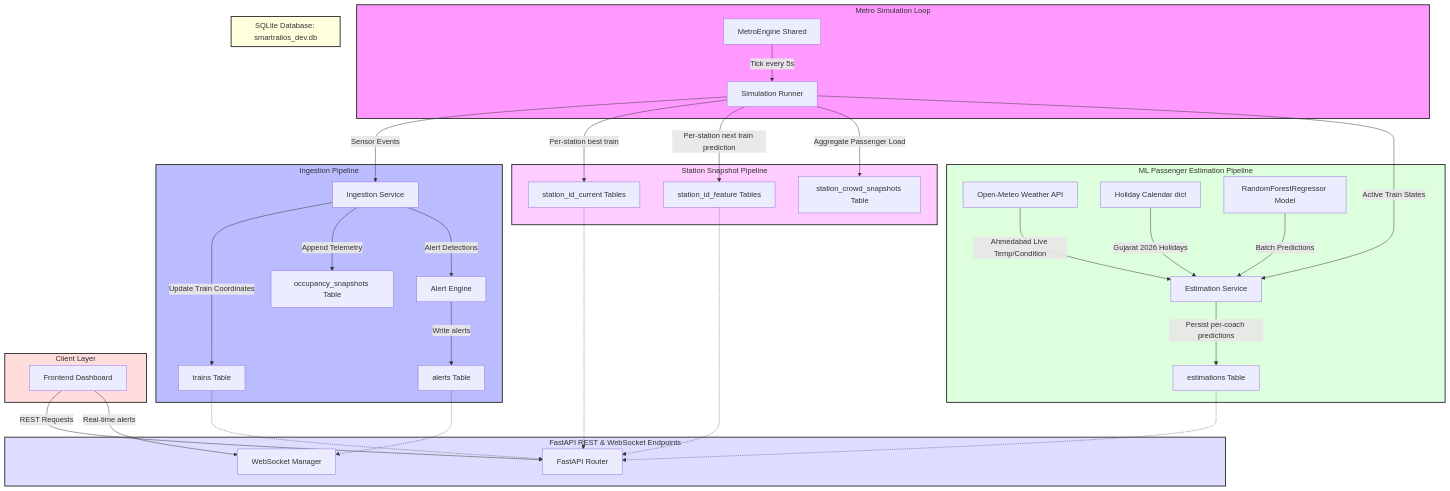
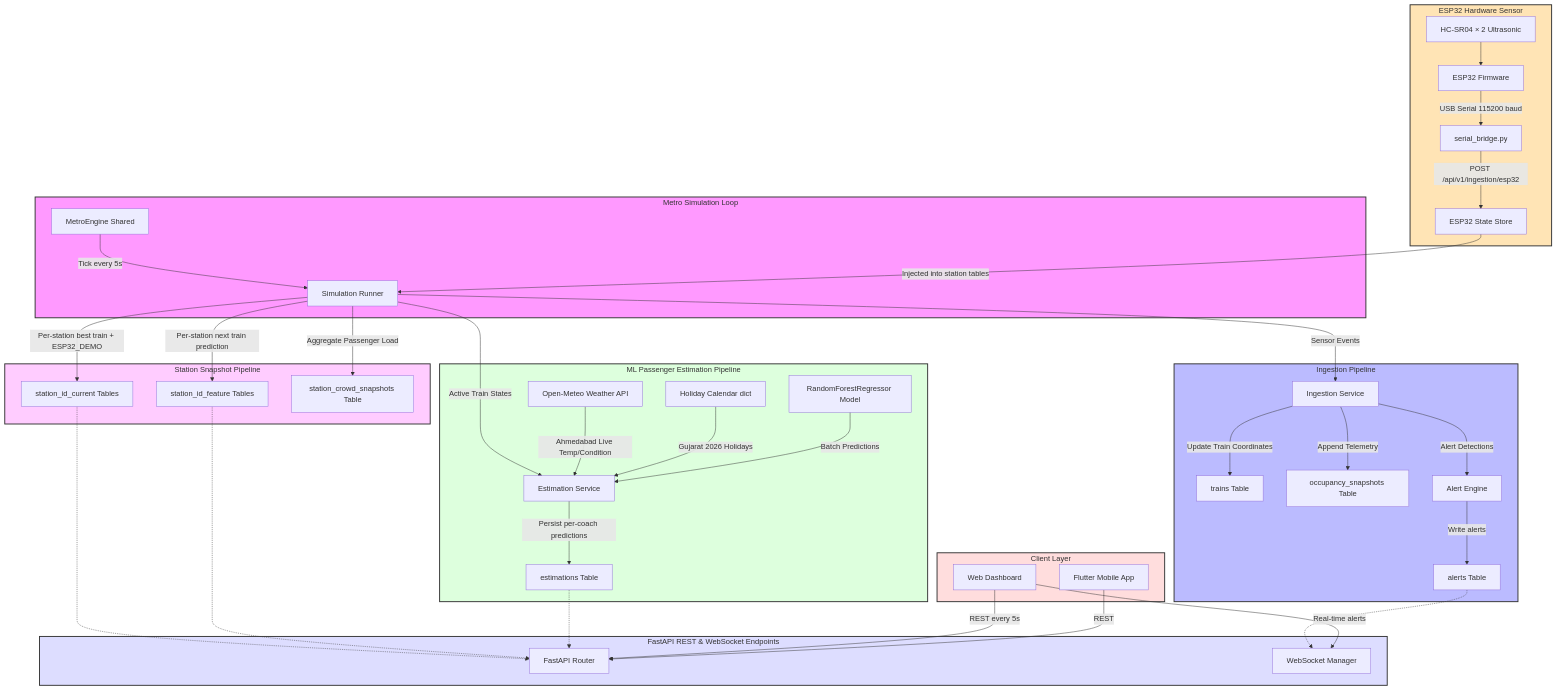
One commit to AkshayChauhan3/smrtest changed the diagram in README.md. Above: the diagram before and after it, drawn with Mermaid. The commit also changed other lines of this file and 13 other files, not shown here.

Commit message:
Integrated Automatic Passenger Counting System Using ESP32 for a Dummy Train

````diff
--- a/README.md
+++ b/README.md
@@ -99,69 +286,67 @@
 ```mermaid
 graph TD
+    %% Hardware Source
+    subgraph Hardware [ESP32 Hardware Sensor]
+        HW[HC-SR04 × 2 Ultrasonic] --> FW[ESP32 Firmware]
+        FW -->|USB Serial 115200 baud| BR[serial_bridge.py]
+        BR -->|POST /api/v1/ingestion/esp32| ES32[ESP32 State Store]
+    end
+
     %% Simulation source
     subgraph Simulation [Metro Simulation Loop]
         ME[MetroEngine Shared] -->|Tick every 5s| SR[Simulation Runner]
+        ES32 -->|Injected into station tables| SR
     end
 
     %% Ingestion Pipeline
     subgraph Ingestion [Ingestion Pipeline]
         SR -->|Sensor Events| IS[Ingestion Service]
         IS -->|Update Train Coordinates| TR[trains Table]
         IS -->|Append Telemetry| OS[occupancy_snapshots Table]
         IS -->|Alert Detections| AE[Alert Engine]
         AE -->|Write alerts| ALT[alerts Table]
     end
 
     %% Station Snapshot Pipeline
     subgraph Station_Snapshots [Station Snapshot Pipeline]
-        SR -->|Per-station best train| SC[station_id_current Tables]
+        SR -->|Per-station best train + ESP32_DEMO| SC[station_id_current Tables]
         SR -->|Per-station next train prediction| SF[station_id_feature Tables]
         SR -->|Aggregate Passenger Load| SCS[station_crowd_snapshots Table]
     end
 
     %% ML Estimation Pipeline
     subgraph ML_Pipeline [ML Passenger Estimation Pipeline]
         SR -->|Active Train States| ES[Estimation Service]
         OM[Open-Meteo Weather API] -->|Ahmedabad Live Temp/Condition| ES
         HOL[Holiday Calendar dict] -->|Gujarat 2026 Holidays| ES
         RF[RandomForestRegressor Model] -->|Batch Predictions| ES
         ES -->|Persist per-coach predictions| EST[estimations Table]
     end
 
-    %% Storage
-    subgraph Storage [SQLite Database: smartrailos_dev.db]
-        TR
-        OS
-        SC
-        SF
-        SCS
-        ALT
-        EST
-    end
-
     %% API Consumption
     subgraph BackendAPI [FastAPI REST & WebSocket Endpoints]
         API[FastAPI Router]
         WS[WebSocket Manager]
-        TR -.-> API
         SC -.-> API
         SF -.-> API
         EST -.-> API
         ALT -.-> WS
     end
 
     %% Clients
     subgraph Clients [Client Layer]
-        FE[Frontend Dashboard]
-        FE -->|REST Requests| API
+        FE[Web Dashboard]
+        APP[Flutter Mobile App]
+        FE -->|REST every 5s| API
         FE -->|Real-time alerts| WS
+        APP -->|REST| API
     end
 
+    style Hardware fill:#ffe4b5,stroke:#333,stroke-width:2px
     style Simulation fill:#f9f,stroke:#333,stroke-width:2px
     style Ingestion fill:#bbf,stroke:#333,stroke-width:2px
     style Station_Snapshots fill:#fcf,stroke:#333,stroke-width:2px
     style ML_Pipeline fill:#dfd,stroke:#333,stroke-width:2px
-    style Storage fill:#ffd,stroke:#333,stroke-width:2px
     style BackendAPI fill:#ddf,stroke:#333,stroke-width:2px
     style Clients fill:#fdd,stroke:#333,stroke-width:2px
 ```
````
